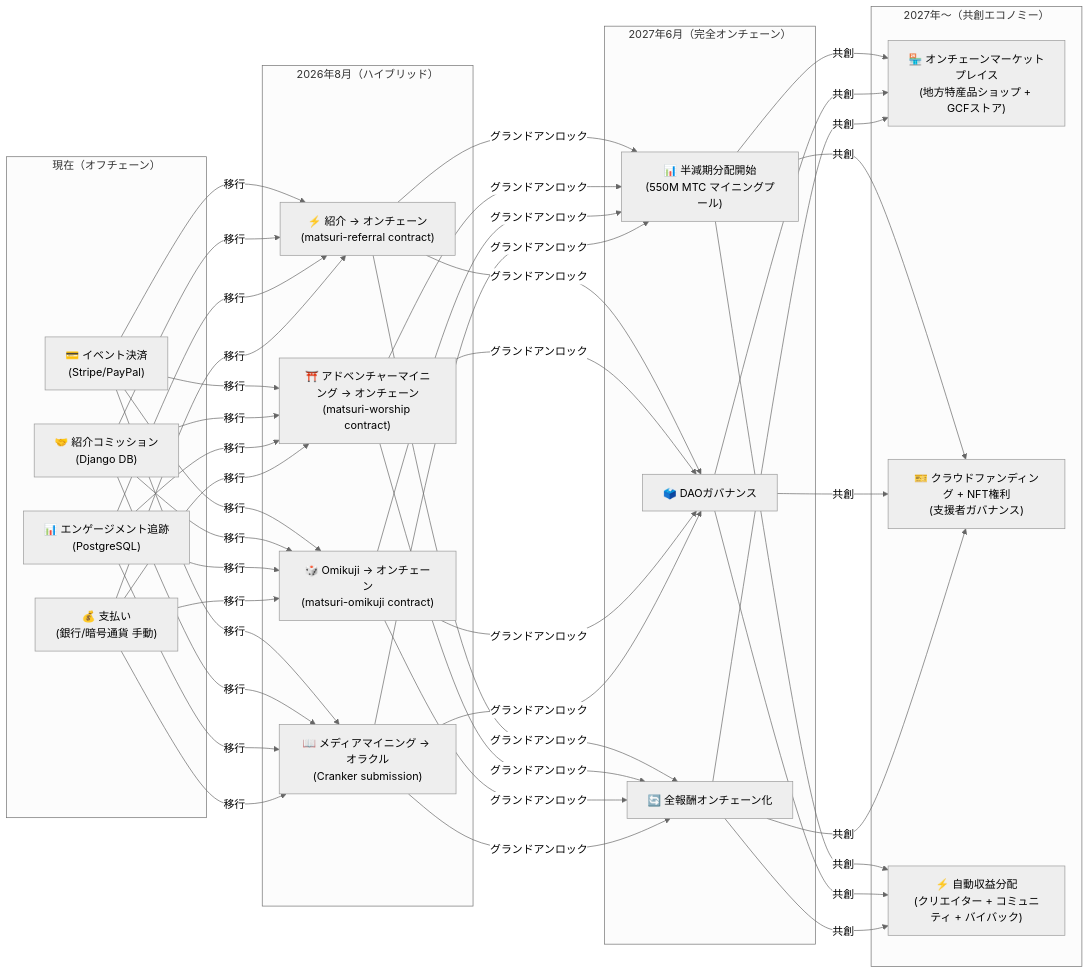
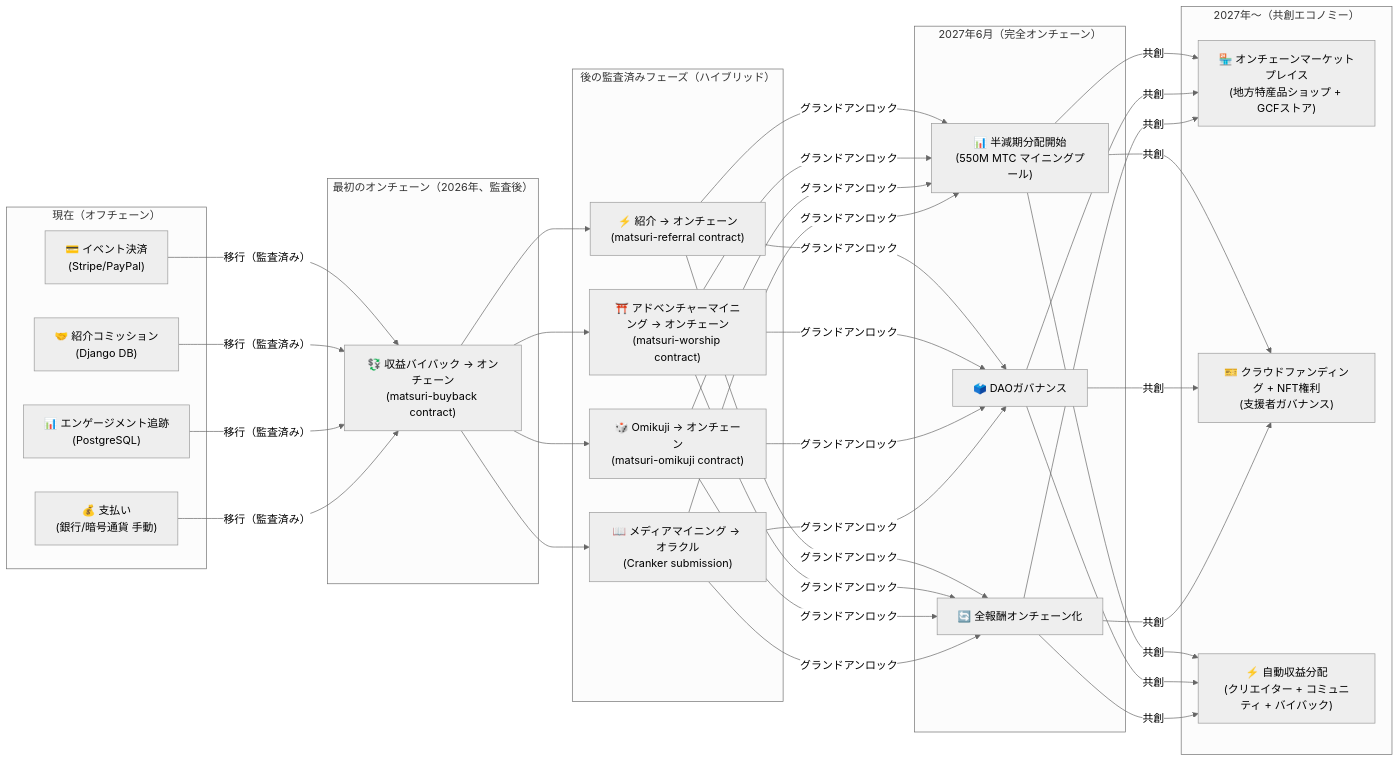
Before and after one commit to Cootakahashi/matsuri-dao-whitepaper: the fourth of 4 diagrams in i18n/ja/docusaurus-plugin-content-docs/current/04-mining.md, drawn with Mermaid (neutral theme). The commit also changed other lines of this file and 79 other files, not shown here.

First line of the commit message:
docs: re-sequence on-chain roadmap to match the staged Hashlock audit (20 locales)

````diff
--- a/i18n/ja/docusaurus-plugin-content-docs/current/04-mining.md
+++ b/i18n/ja/docusaurus-plugin-content-docs/current/04-mining.md
@@ -334,28 +344,32 @@
 ```mermaid
 graph LR
     subgraph "現在（オフチェーン）"
         O1["💳 イベント決済\n(Stripe/PayPal)"]
         O2["🤝 紹介コミッション\n(Django DB)"]
         O3["📊 エンゲージメント追跡\n(PostgreSQL)"]
         O4["💰 支払い\n(銀行/暗号通貨 手動)"]
     end
-    subgraph "2026年8月（ハイブリッド）"
+    subgraph "最初のオンチェーン（2026年、監査後）"
+        H0["💱 収益バイバック → オンチェーン\n(matsuri-buyback contract)"]
+    end
+    subgraph "後の監査済みフェーズ（ハイブリッド）"
         H1["⚡ 紹介 → オンチェーン\n(matsuri-referral contract)"]
         H2["⛩️ アドベンチャーマイニング → オンチェーン\n(matsuri-worship contract)"]
         H3["🎲 Omikuji → オンチェーン\n(matsuri-omikuji contract)"]
         H4["📖 メディアマイニング → オラクル\n(Cranker submission)"]
     end
     subgraph "2027年6月（完全オンチェーン）"
         F1["📊 半減期分配開始\n(550M MTC マイニングプール)"]
         F2["🗳️ DAOガバナンス"]
         F3["🔄 全報酬オンチェーン化"]
     end
     subgraph "2027年〜（共創エコノミー）"
         G1["🏪 オンチェーンマーケットプレイス\n(地方特産品ショップ + GCFストア)"]
         G2["🎫 クラウドファンディング + NFT権利\n(支援者ガバナンス)"]
         G3["⚡ 自動収益分配\n(クリエイター + コミュニティ + バイバック)"]
     end
-    O1 & O2 & O3 & O4 -->|"移行"| H1 & H2 & H3 & H4
+    O1 & O2 & O3 & O4 -->|"移行（監査済み）"| H0
+    H0 --> H1 & H2 & H3 & H4
     H1 & H2 & H3 & H4 -->|"グランドアンロック"| F1 & F2 & F3
     F1 & F2 & F3 -->|"共創"| G1 & G2 & G3
 ```
````
